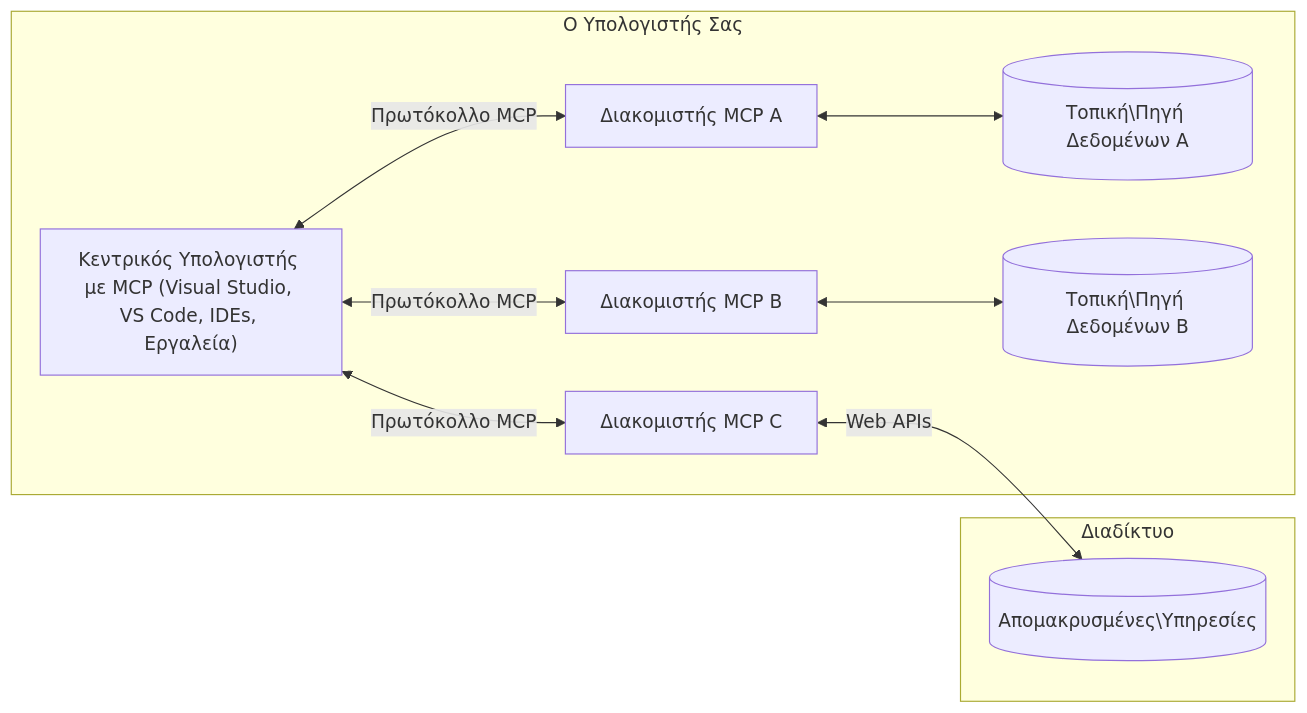
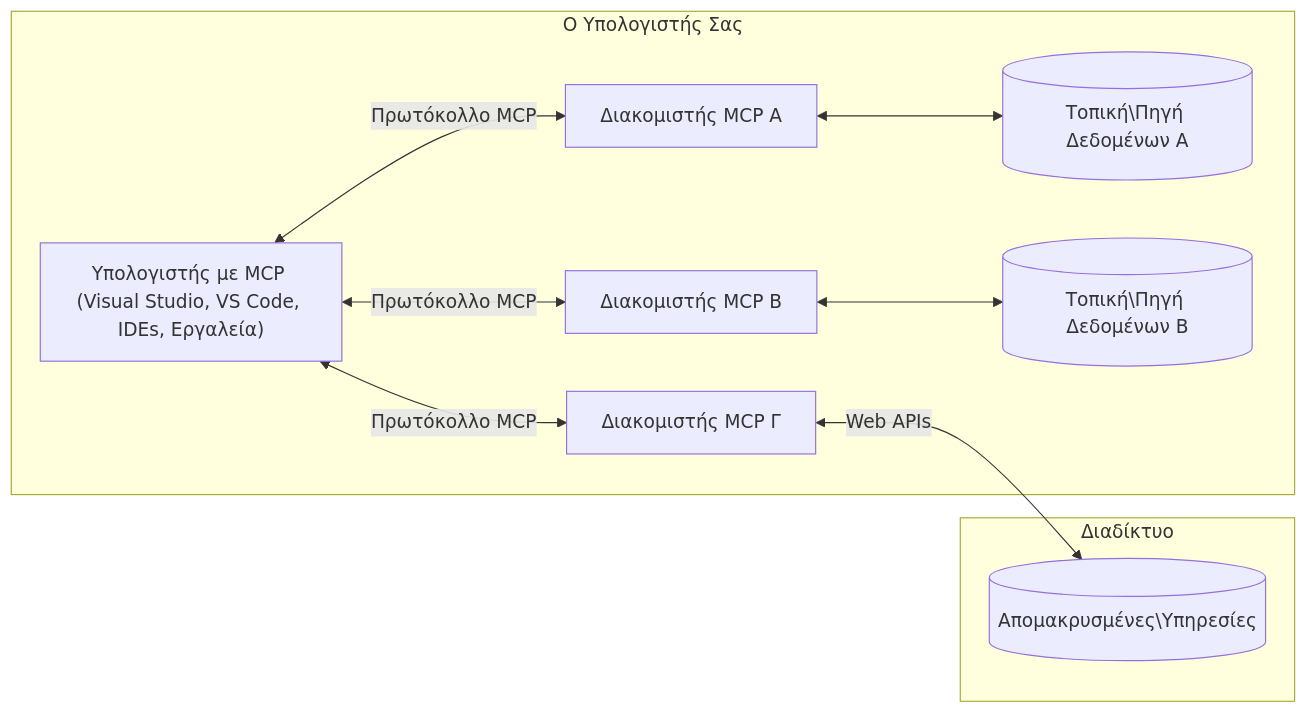
Before and after one commit to Mu-L/mcp-for-beginners: the diagram in translations/el/01-CoreConcepts/README.md, drawn with Mermaid. The commit also changed other lines of this file and 110 other files, not shown here.

````diff
--- a/translations/el/01-CoreConcepts/README.md
+++ b/translations/el/01-CoreConcepts/README.md
@@ -45,17 +45,17 @@
 ```mermaid
 flowchart LR
     subgraph "Ο Υπολογιστής Σας"
-        Host["Κεντρικός Υπολογιστής με MCP (Visual Studio, VS Code, IDEs, Εργαλεία)"]
-        S1["Διακομιστής MCP A"]
-        S2["Διακομιστής MCP B"]
-        S3["Διακομιστής MCP C"]
+        Host["Υπολογιστής με MCP (Visual Studio, VS Code, IDEs, Εργαλεία)"]
+        S1["Διακομιστής MCP Α"]
+        S2["Διακομιστής MCP Β"]
+        S3["Διακομιστής MCP Γ"]
         Host <-->|"Πρωτόκολλο MCP"| S1
         Host <-->|"Πρωτόκολλο MCP"| S2
         Host <-->|"Πρωτόκολλο MCP"| S3
-        S1 <--> D1[("Τοπική\Πηγή Δεδομένων A")]
-        S2 <--> D2[("Τοπική\Πηγή Δεδομένων B")]
+        S1 <--> D1[("Τοπική\Πηγή Δεδομένων Α")]
+        S2 <--> D2[("Τοπική\Πηγή Δεδομένων Β")]
     end
     subgraph "Διαδίκτυο"
         S3 <-->|"Web APIs"| D3[("Απομακρυσμένες\Υπηρεσίες")]
     end
 ```
````
